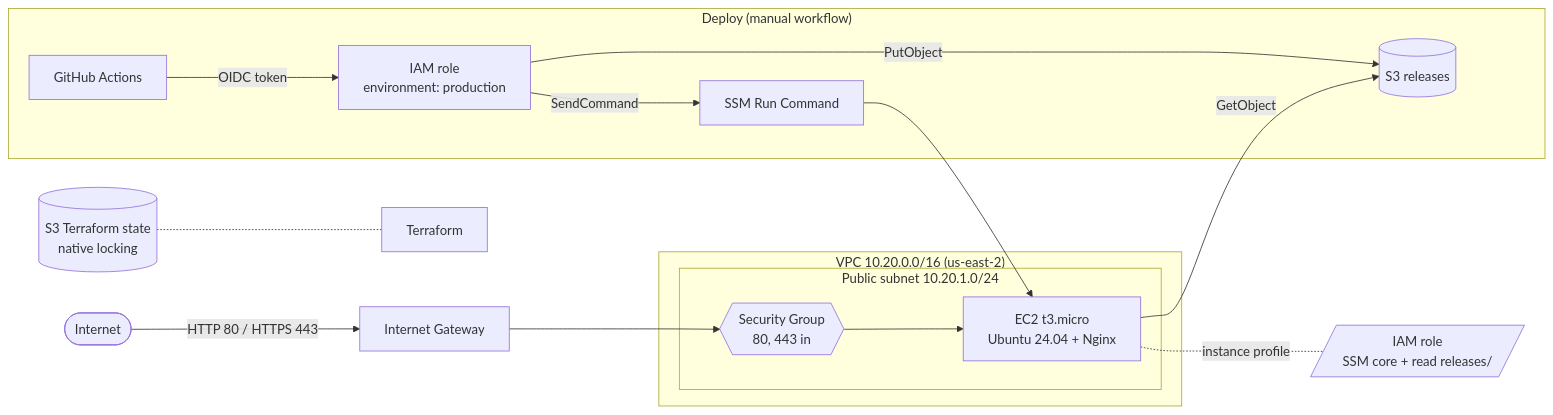
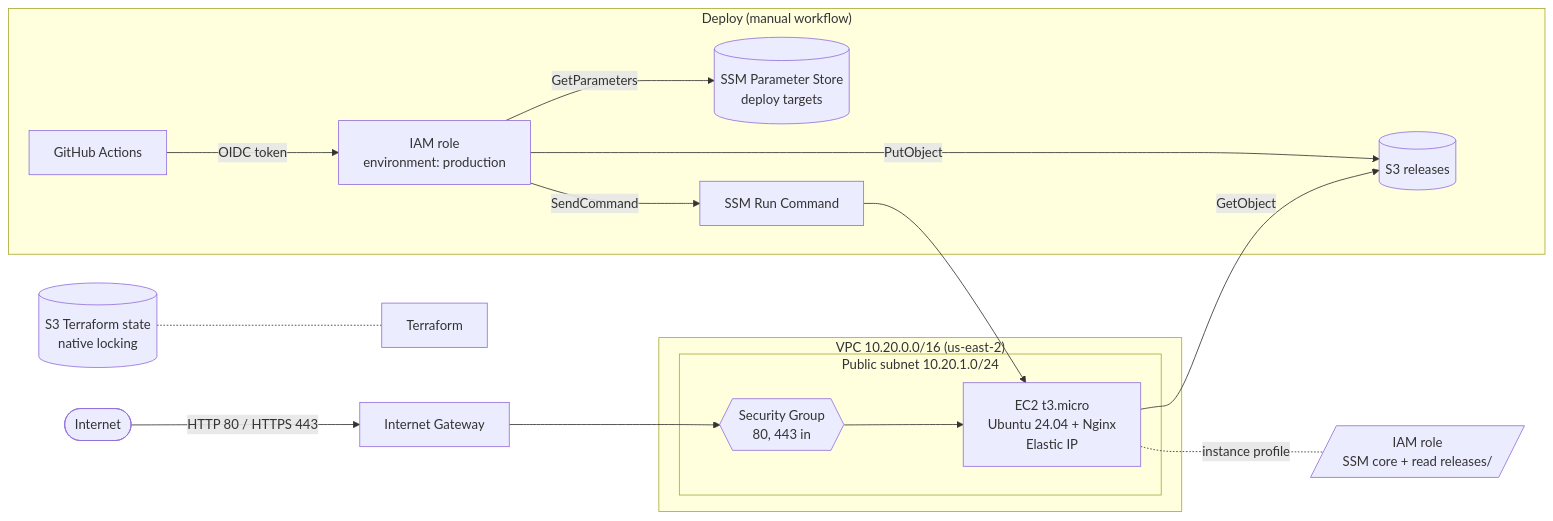
One commit to estennio/aws-devops-infrastructure-lab changed the diagram in README.md. Above: the diagram before and after it, drawn with Mermaid. The commit also changed other lines of this file and 15 other files, not shown here.

````diff
--- a/README.md
+++ b/README.md
@@ -15,22 +15,23 @@
 ```mermaid
 flowchart LR
     user([Internet]) -->|HTTP 80 / HTTPS 443| igw[Internet Gateway]
 
     subgraph vpc["VPC 10.20.0.0/16 (us-east-2)"]
         subgraph subnet["Public subnet 10.20.1.0/24"]
-            sg{{Security Group<br/>80, 443 in}} --> ec2["EC2 t3.micro<br/>Ubuntu 24.04 + Nginx"]
+            sg{{Security Group<br/>80, 443 in}} --> ec2["EC2 t3.micro<br/>Ubuntu 24.04 + Nginx<br/>Elastic IP"]
         end
     end
     igw --> sg
     ec2 -. instance profile .- role[/"IAM role<br/>SSM core + read releases/"/]
 
     subgraph deploy["Deploy (manual workflow)"]
         gha[GitHub Actions] -->|OIDC token| iam[IAM role<br/>environment: production]
+        iam -->|GetParameters| params[(SSM Parameter Store<br/>deploy targets)]
         iam -->|PutObject| s3[(S3 releases)]
         iam -->|SendCommand| ssm[SSM Run Command]
     end
     ssm --> ec2
     ec2 -->|GetObject| s3
 
     tfstate[(S3 Terraform state<br/>native locking)] -.- tf[Terraform]
 ```
````
